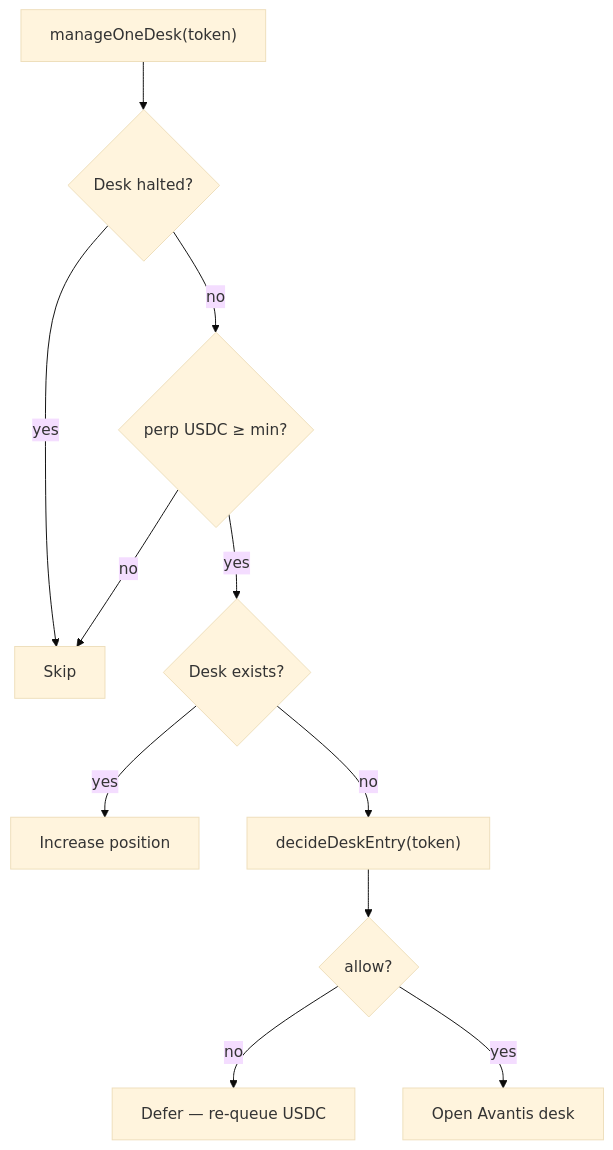
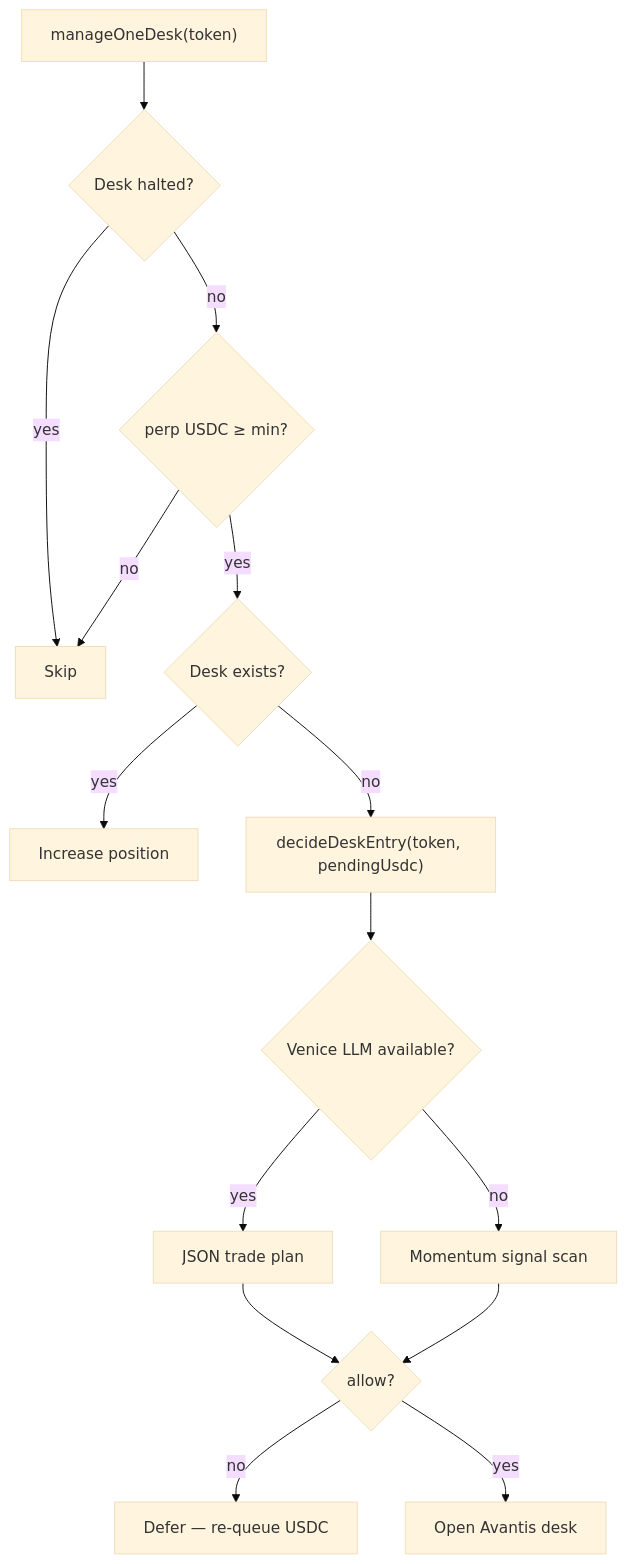
The diagram in content/docs/engine/agents-and-signals.mdx (fraserbrownirl/pumperp-docs), drawn with Mermaid (base theme) before and after one commit. The commit also changed other lines of this file and 10 other files, not shown here.

````diff
--- a/content/docs/engine/agents-and-signals.mdx
+++ b/content/docs/engine/agents-and-signals.mdx
@@ -11,13 +11,17 @@
 ```mermaid
 flowchart TD
   Start["manageOneDesk(token)"] --> Halt{Desk halted?}
   Halt -->|yes| Skip[Skip]
   Halt -->|no| Pending{perp USDC ≥ min?}
   Pending -->|no| Skip
   Pending -->|yes| Exists{Desk exists?}
   Exists -->|yes| Increase[Increase position]
-  Exists -->|no| Agent["decideDeskEntry(token)"]
-  Agent --> Allow{allow?}
+  Exists -->|no| Agent["decideDeskEntry(token, pendingUsdc)"]
+  Agent --> Venice{Venice LLM available?}
+  Venice -->|yes| VPlan[JSON trade plan]
+  Venice -->|no| Signals[Momentum signal scan]
+  VPlan --> Allow{allow?}
+  Signals --> Allow
   Allow -->|no| Defer[Defer — re-queue USDC]
   Allow -->|yes| Open[Open Avantis desk]
 ```
````
